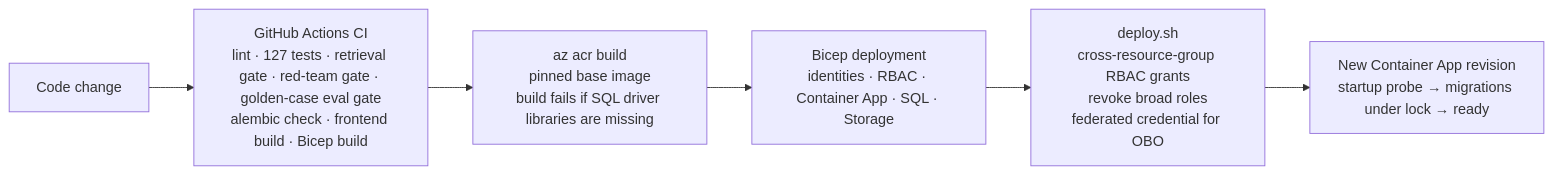
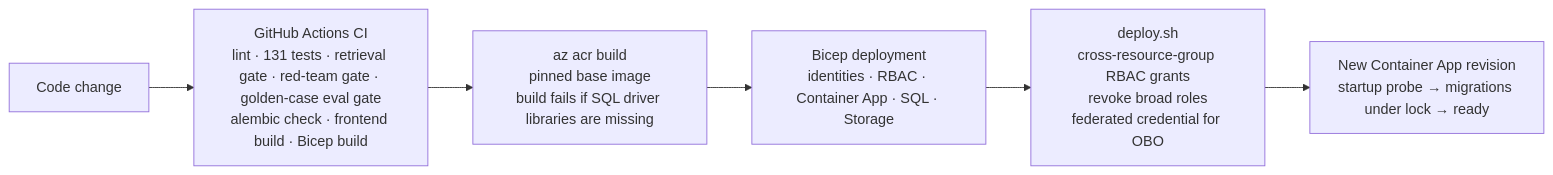
The seventh of 7 diagrams in docs/DIAGRAMS.md (prasadregula/onboardiq), drawn with Mermaid before and after one commit. The commit also changed 13 other files, not shown here.

Commit message:
w6: evidence pack, red-team gate, PII masking, AWS lab, docs

````diff
--- a/docs/DIAGRAMS.md
+++ b/docs/DIAGRAMS.md
@@ -220,8 +220,8 @@
 ```mermaid
 flowchart LR
-    dev["Code change"] --> ci["GitHub Actions CI<br/>lint · 127 tests · retrieval gate · red-team gate · golden-case eval gate<br/>alembic check · frontend build · Bicep build"]
+    dev["Code change"] --> ci["GitHub Actions CI<br/>lint · 131 tests · retrieval gate · red-team gate · golden-case eval gate<br/>alembic check · frontend build · Bicep build"]
     ci --> build["az acr build<br/>pinned base image<br/>build fails if SQL driver libraries are missing"]
     build --> bicep["Bicep deployment<br/>identities · RBAC · Container App · SQL · Storage"]
     bicep --> grants["deploy.sh<br/>cross-resource-group RBAC grants<br/>revoke broad roles<br/>federated credential for OBO"]
     grants --> rev["New Container App revision<br/>startup probe → migrations under lock → ready"]
 ```
````
